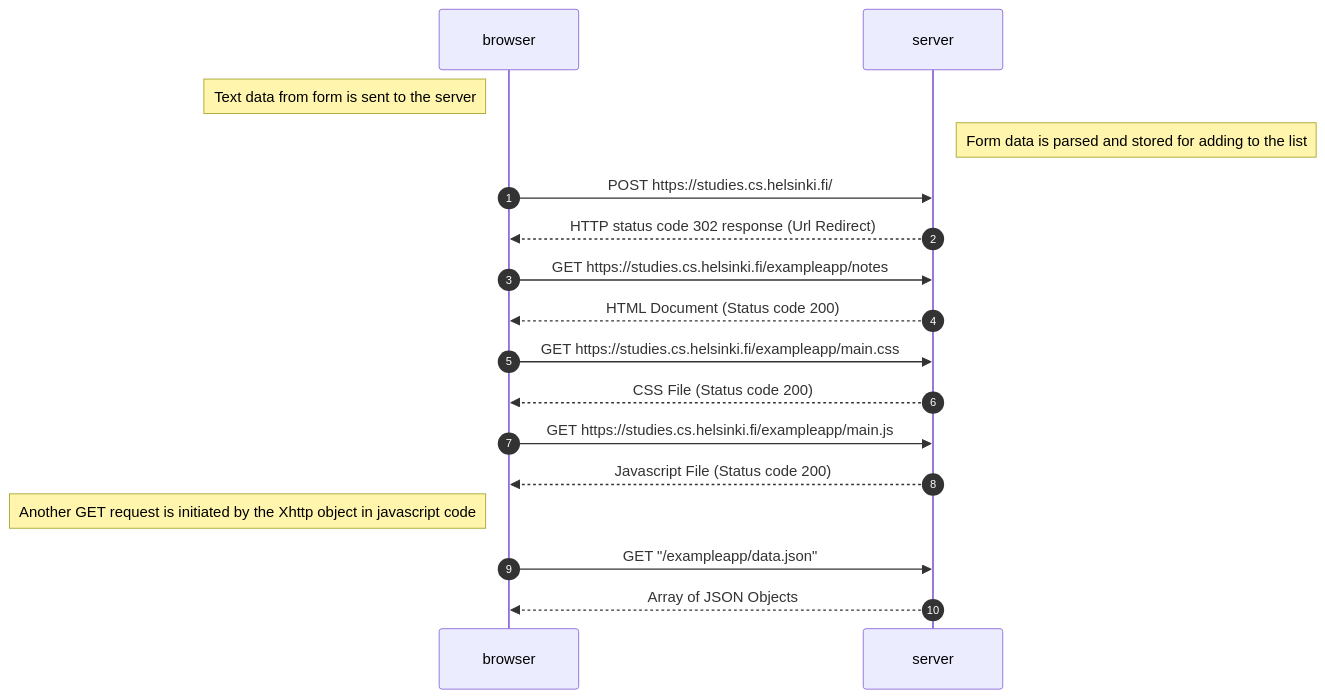
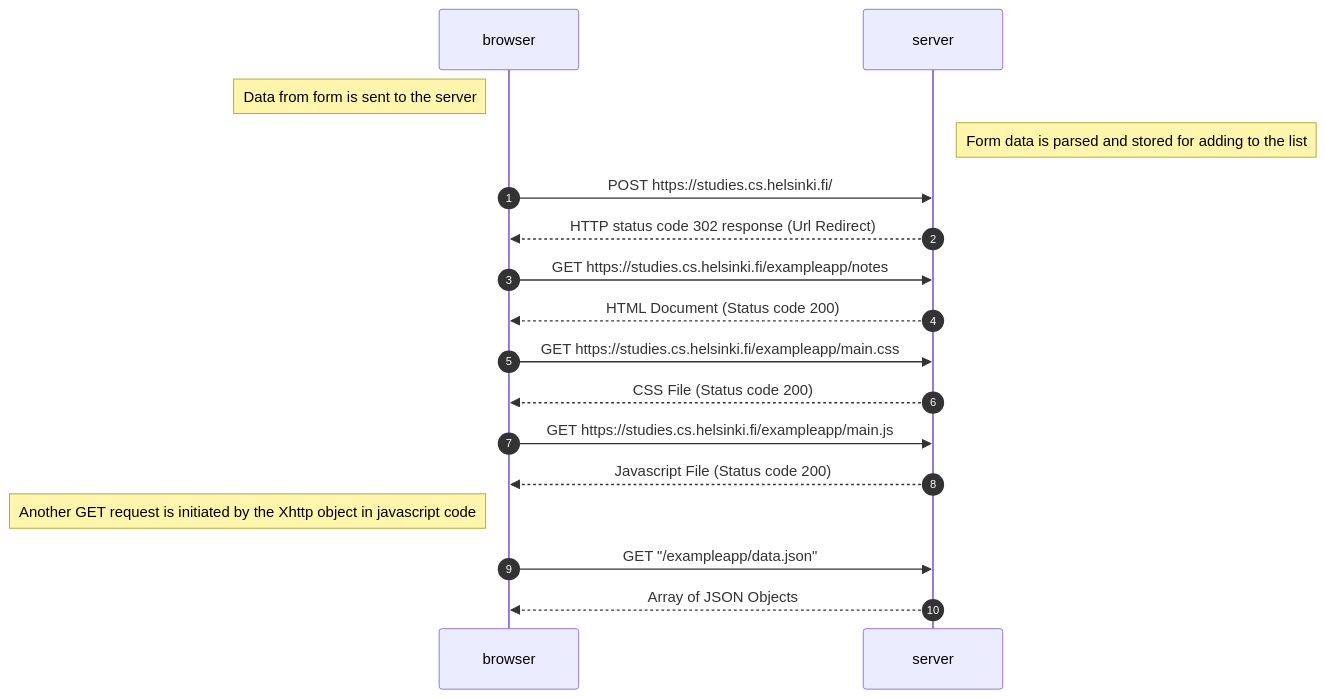
Before and after one commit to developer-shirwyn-git/University-full-stack-project: the diagram in part_0/0_4_new_note_diagram.md, drawn with Mermaid. The commit also changed 1 other file, not shown here.

Commit message:
update wording of notes

````diff
--- a/part_0/0_4_new_note_diagram.md
+++ b/part_0/0_4_new_note_diagram.md
@@ -1,26 +1,26 @@
 ```mermaid
 sequenceDiagram
   autonumber
   participant browser
   participant server
 
-  Note left of browser: Text data from form is sent to the server
+  Note left of browser: Data from form is sent to the server
   Note right of server: Form data is parsed and stored for adding to the list
 
   browser->>server: POST https://studies.cs.helsinki.fi/
   server-->>browser: HTTP status code 302 response (Url Redirect)
 
   browser->>server: GET https://studies.cs.helsinki.fi/exampleapp/notes
   server-->>browser: HTML Document (Status code 200)
 
   browser->>server: GET https://studies.cs.helsinki.fi/exampleapp/main.css
   server-->>browser: CSS File (Status code 200)
 
   browser->>server: GET https://studies.cs.helsinki.fi/exampleapp/main.js
   server-->>browser: Javascript File (Status code 200)
 
   Note left of browser: Another GET request is initiated by the Xhttp object in javascript code
 
   browser->>server: GET "/exampleapp/data.json"
   server-->>browser: Array of JSON Objects
 ```
````
